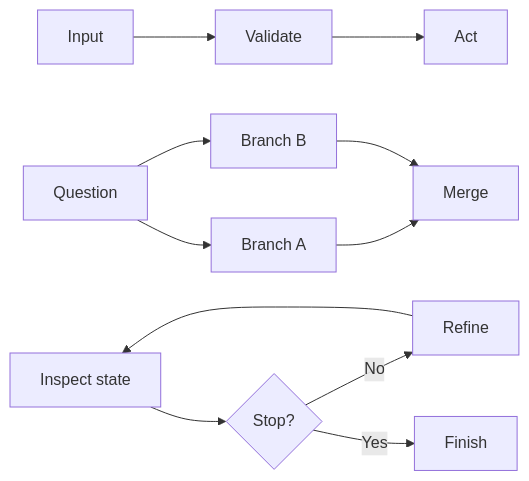
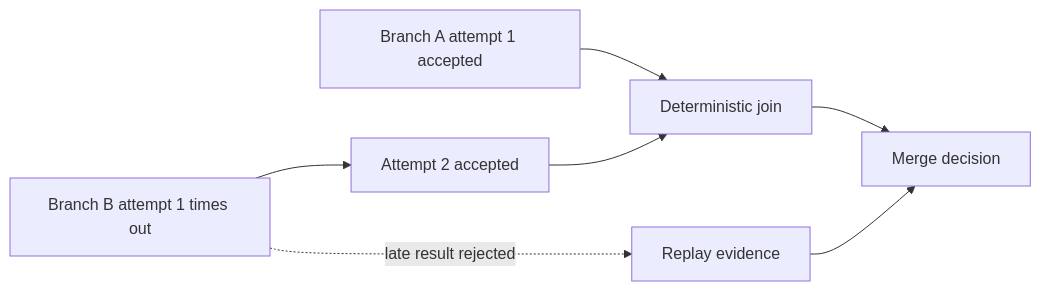
Before and after one commit to Herbertcuba/herbertcuba-personal-blog: the third of 4 diagrams in src/drafts/df3f4646.md, drawn with Mermaid. The commit also changed other lines of this file, not shown here.

Commit message:
draft(t_3af0b546): Use a Pipeline Until the Work Proves It Needs a Graph

````diff
--- a/src/drafts/df3f4646.md
+++ b/src/drafts/df3f4646.md
@@ -38,12 +73,9 @@
 ```mermaid
 flowchart LR
-  P1[Input] --> P2[Validate] --> P3[Act]
-  D1[Question] --> D2[Branch A]
-  D1 --> D3[Branch B]
-  D2 --> D4[Merge]
-  D3 --> D4
-  C1[Inspect state] --> C2{Stop?}
-  C2 -- No --> C3[Refine]
-  C3 --> C1
-  C2 -- Yes --> C4[Finish]
+    A1[Branch A attempt 1 accepted] --> J[Deterministic join]
+    B1[Branch B attempt 1 times out] --> B2[Attempt 2 accepted]
+    B2 --> J
+    B1 -.late result rejected.-> E[Replay evidence]
+    J --> O[Merge decision]
+    E --> O
 ```
````
